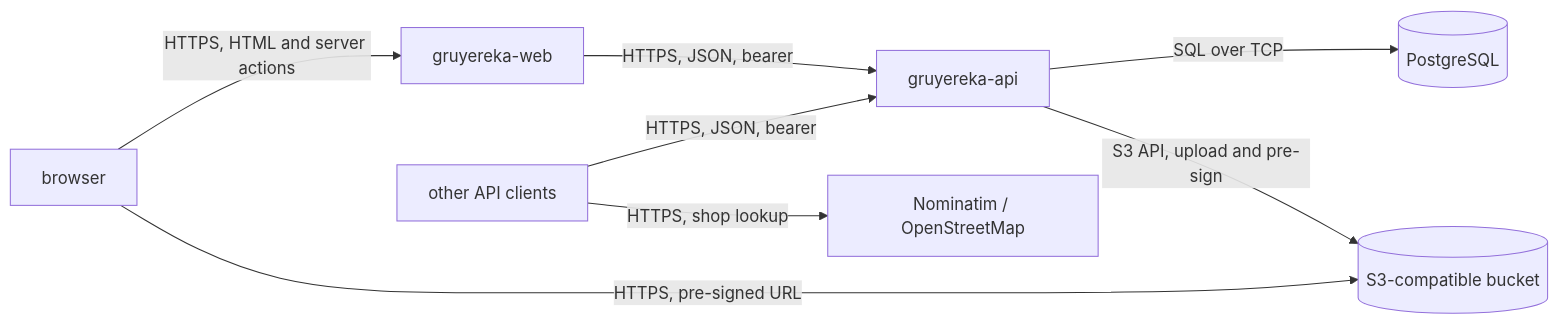
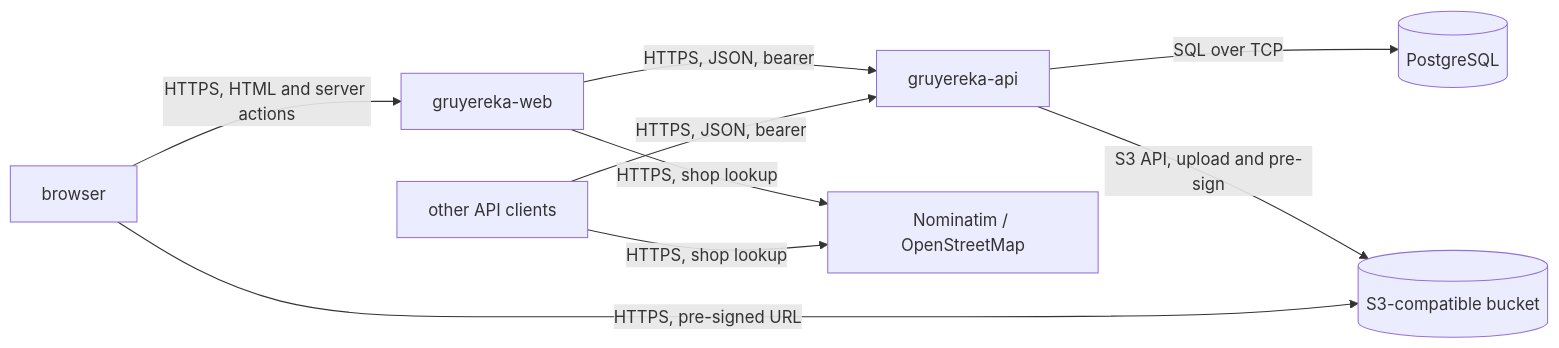
Before and after one commit to therealm-tech/gruyereka: the diagram in ARCHITECTURE.md, drawn with Mermaid. The commit also changed other lines of this file and 44 other files, not shown here.

````diff
--- a/ARCHITECTURE.md
+++ b/ARCHITECTURE.md
@@ -11,18 +11,19 @@
 ```mermaid
 graph LR
     browser[browser]
     client[other API clients]
     web[gruyereka-web]
     api[gruyereka-api]
     pg[(PostgreSQL)]
     s3[(S3-compatible bucket)]
     osm[Nominatim / OpenStreetMap]
 
     browser -->|HTTPS, HTML and server actions| web
     web -->|HTTPS, JSON, bearer| api
+    web -->|HTTPS, shop lookup| osm
     client -->|HTTPS, JSON, bearer| api
     client -->|HTTPS, shop lookup| osm
     api -->|SQL over TCP| pg
     api -->|S3 API, upload and pre-sign| s3
     browser -->|HTTPS, pre-signed URL| s3
 ```
````
